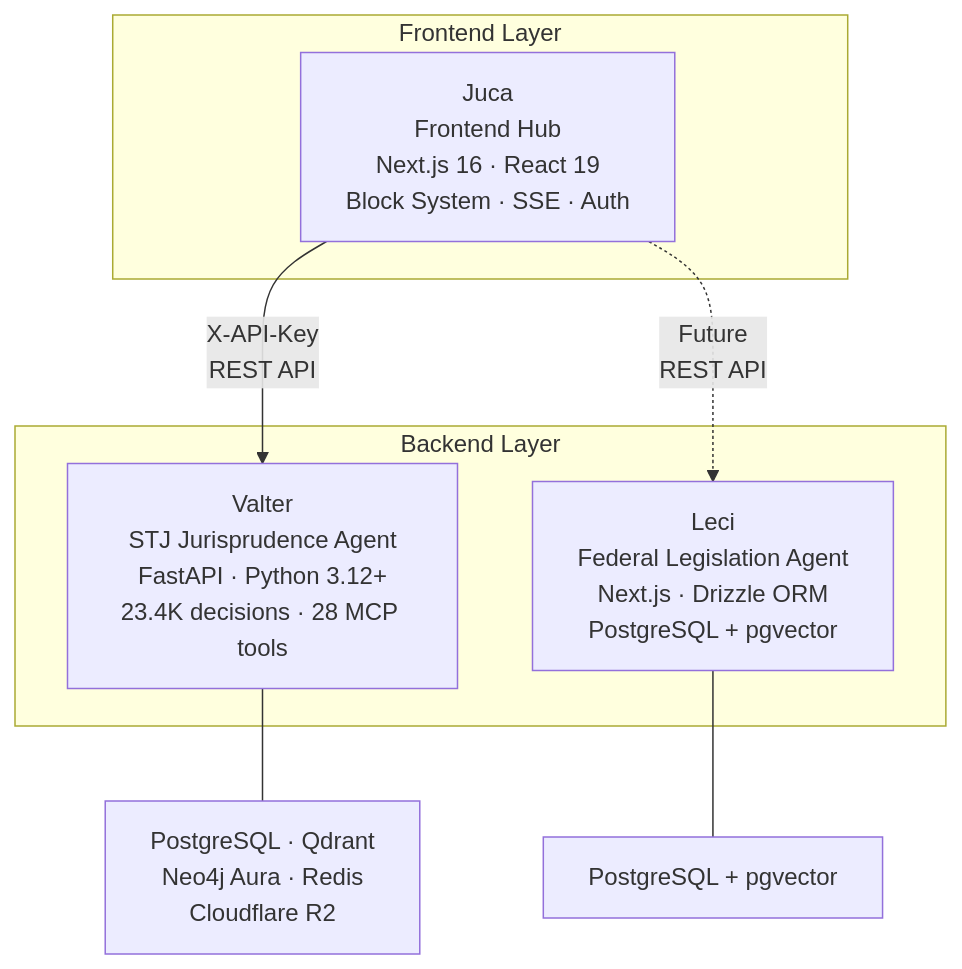
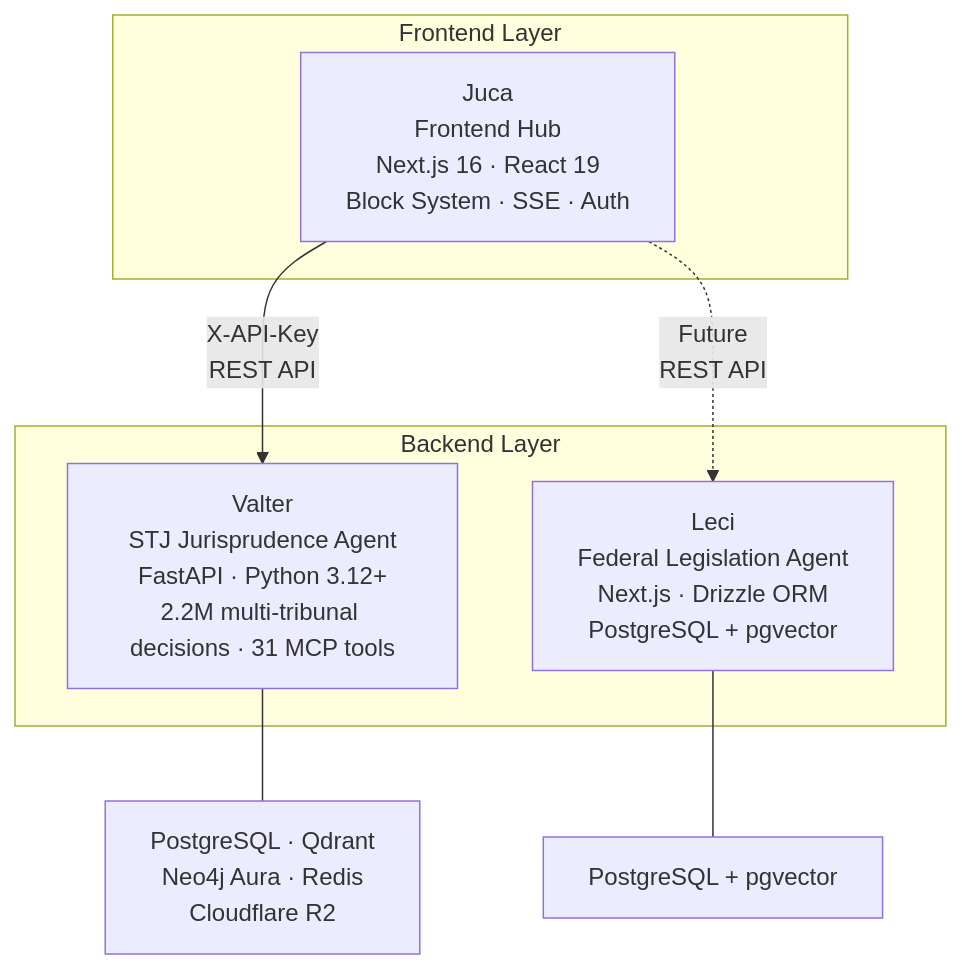
Before and after one commit to sensdiego/sens.legal: the diagram in sites/juca/src/content/docs/architecture/ecosystem.md, drawn with Mermaid. The commit also changed other lines of this file and 14 other files, not shown here.

First line of the commit message:
docs(juca): sync with current Valter state — 2.2M decisions, 31 MCP tools, updated KG numbers

````diff
--- a/sites/juca/src/content/docs/architecture/ecosystem.md
+++ b/sites/juca/src/content/docs/architecture/ecosystem.md
@@ -15,16 +15,16 @@
 ```mermaid
 graph TB
     subgraph "Frontend Layer"
         Juca["Juca<br/>Frontend Hub<br/>Next.js 16 · React 19<br/>Block System · SSE · Auth"]
     end
     subgraph "Backend Layer"
-        Valter["Valter<br/>STJ Jurisprudence Agent<br/>FastAPI · Python 3.12+<br/>23.4K decisions · 28 MCP tools"]
+        Valter["Valter<br/>STJ Jurisprudence Agent<br/>FastAPI · Python 3.12+<br/>2.2M multi-tribunal decisions · 31 MCP tools"]
         Leci["Leci<br/>Federal Legislation Agent<br/>Next.js · Drizzle ORM<br/>PostgreSQL + pgvector"]
     end
 
     Juca -->|"X-API-Key<br/>REST API"| Valter
     Juca -.->|"Future<br/>REST API"| Leci
 
     Valter --- VDB["PostgreSQL · Qdrant<br/>Neo4j Aura · Redis<br/>Cloudflare R2"]
     Leci --- LDB["PostgreSQL + pgvector"]
 ```
````
